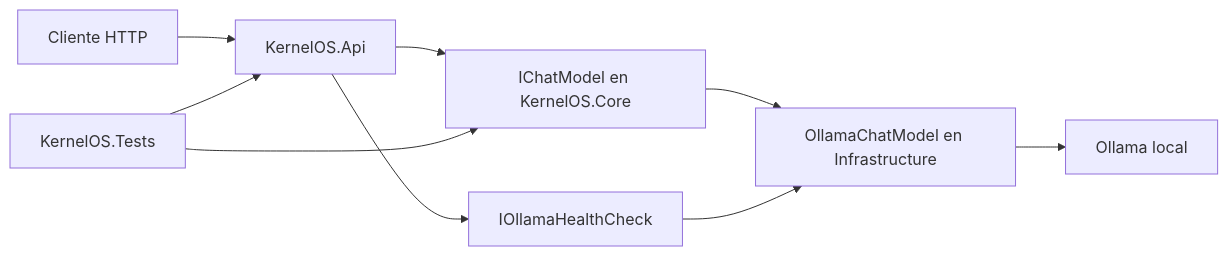
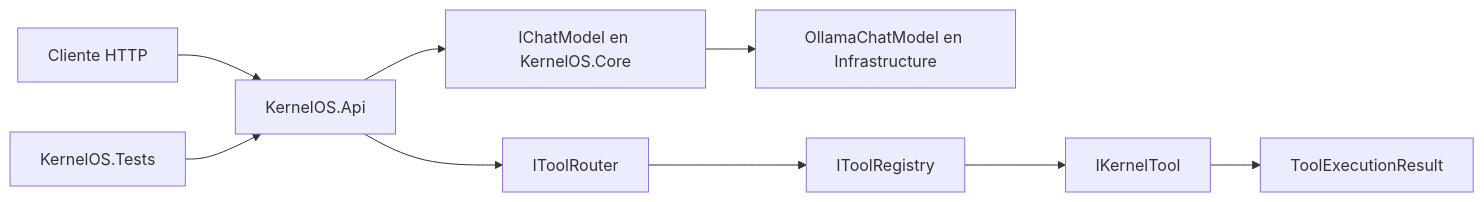
One commit to Mcflurryman/KernelOS changed the diagram in docs/architecture/overview.md. Above: the diagram before and after it, drawn with Mermaid. The commit also changed other lines of this file and 26 other files, not shown here.

````diff
--- a/docs/architecture/overview.md
+++ b/docs/architecture/overview.md
@@ -7,11 +7,11 @@
 ```mermaid
 flowchart LR
   CLIENTE[Cliente HTTP] --> API[KernelOS.Api]
-  API --> CONTRACT[IChatModel en KernelOS.Core]
-  API --> HEALTH[IOllamaHealthCheck]
-  CONTRACT --> OLLAMA[OllamaChatModel en Infrastructure]
-  HEALTH --> OLLAMA
-  OLLAMA --> LOCAL[Ollama local]
+  API --> CHAT[IChatModel en KernelOS.Core]
+  CHAT --> OLLAMA[OllamaChatModel en Infrastructure]
+  API --> ROUTER[IToolRouter]
+  ROUTER --> REGISTRY[IToolRegistry]
+  REGISTRY --> TOOLS[IKernelTool]
+  TOOLS --> RESULT[ToolExecutionResult]
   TESTS[KernelOS.Tests] --> API
-  TESTS --> CONTRACT
 ```
````
